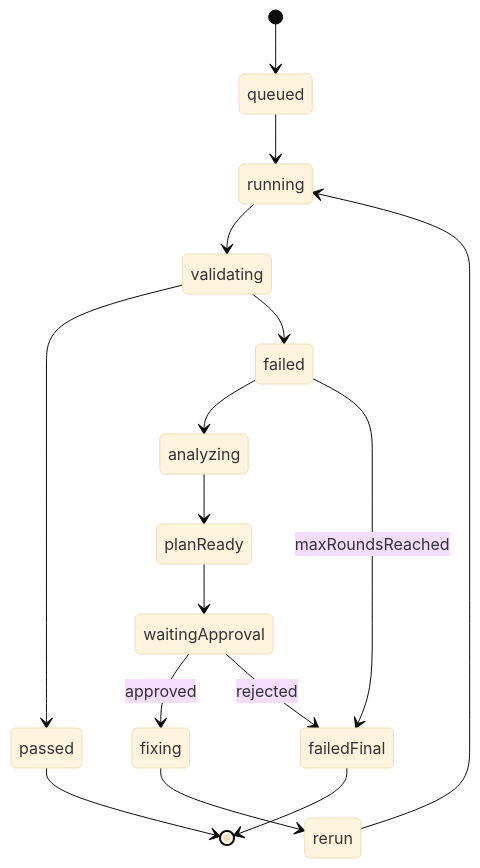
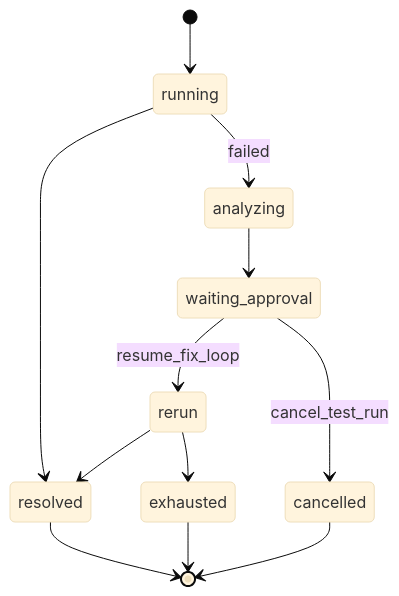
Before and after one commit to bainelee/old_archives_sp: the second of 2 diagrams in docs/design/99-tools/11-godot-mcp-gameplay-flow-architecture.md, drawn with Mermaid (base theme). The commit also changed other lines of this file and 15 other files, not shown here.

First line of the commit message:
feat: complete gameplay flow v2 closed-loop delivery

````diff
--- a/docs/design/99-tools/11-godot-mcp-gameplay-flow-architecture.md
+++ b/docs/design/99-tools/11-godot-mcp-gameplay-flow-architecture.md
@@ -177,18 +181,14 @@
 ```mermaid
 stateDiagram-v2
-  [*] --> queued
-  queued --> running
-  running --> validating
-  validating --> passed
-  validating --> failed
-  failed --> analyzing
-  analyzing --> planReady
-  planReady --> waitingApproval
-  waitingApproval --> fixing: approved
-  waitingApproval --> failedFinal: rejected
-  fixing --> rerun
-  rerun --> running
-  failed --> failedFinal: maxRoundsReached
-  failedFinal --> [*]
-  passed --> [*]
+  [*] --> running
+  running --> resolved
+  running --> analyzing: failed
+  analyzing --> waiting_approval
+  waiting_approval --> rerun: resume_fix_loop
+  rerun --> resolved
+  rerun --> exhausted
+  waiting_approval --> cancelled: cancel_test_run
+  resolved --> [*]
+  exhausted --> [*]
+  cancelled --> [*]
 ```
````
